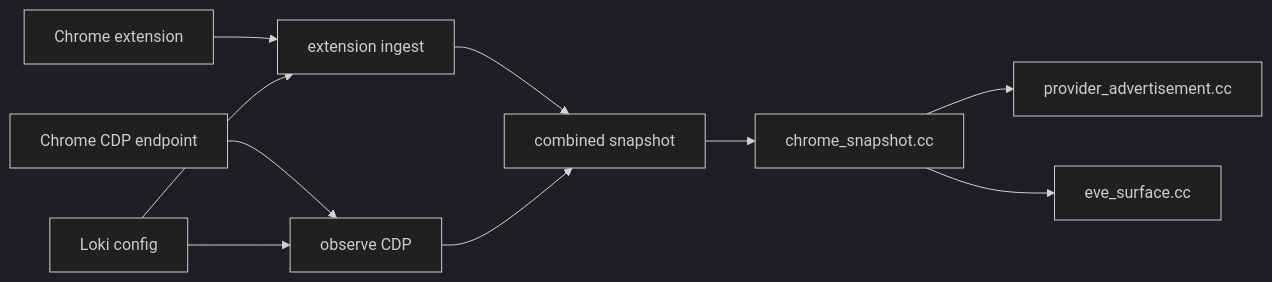
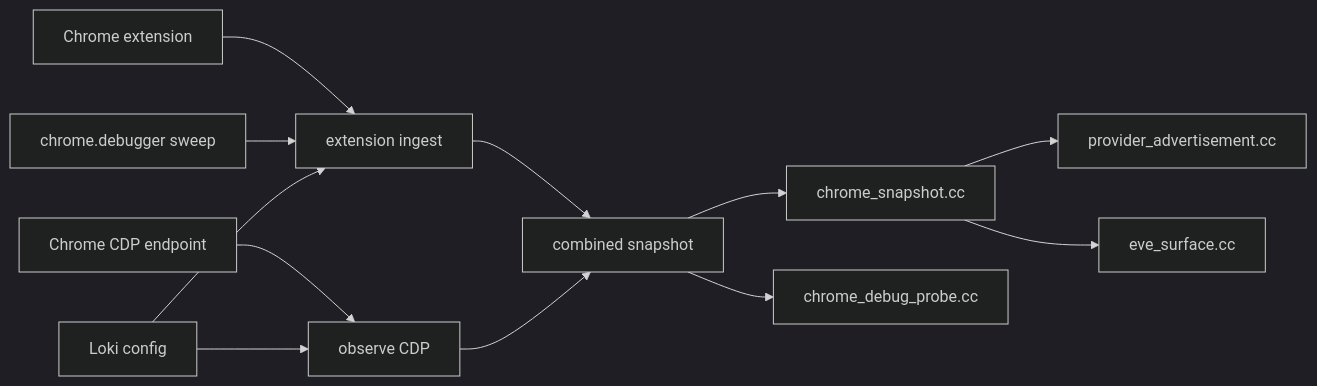
The diagram in docs/architecture.md (GameCult/Loki), drawn with Mermaid (dark theme) before and after one commit. The commit also changed other lines of this file and 8 other files, not shown here.

Commit message:
Add explicit Chrome debug sweep

````diff
--- a/docs/architecture.md
+++ b/docs/architecture.md
@@ -16,12 +18,14 @@
 ```mermaid
 flowchart LR
   Extension["Chrome extension"] --> Ingest["extension ingest"]
+  Debugger["chrome.debugger sweep"] --> Ingest
   Chrome["Chrome CDP endpoint"] --> Observe["observe CDP"]
   Config["Loki config"] --> Ingest
   Config --> Observe
   Ingest --> Combine["combined snapshot"]
   Observe --> Combine
   Combine --> Snapshot["chrome_snapshot.cc"]
+  Combine --> Debug["chrome_debug_probe.cc"]
   Snapshot --> Provider["provider_advertisement.cc"]
   Snapshot --> Surface["eve_surface.cc"]
 ```
````
